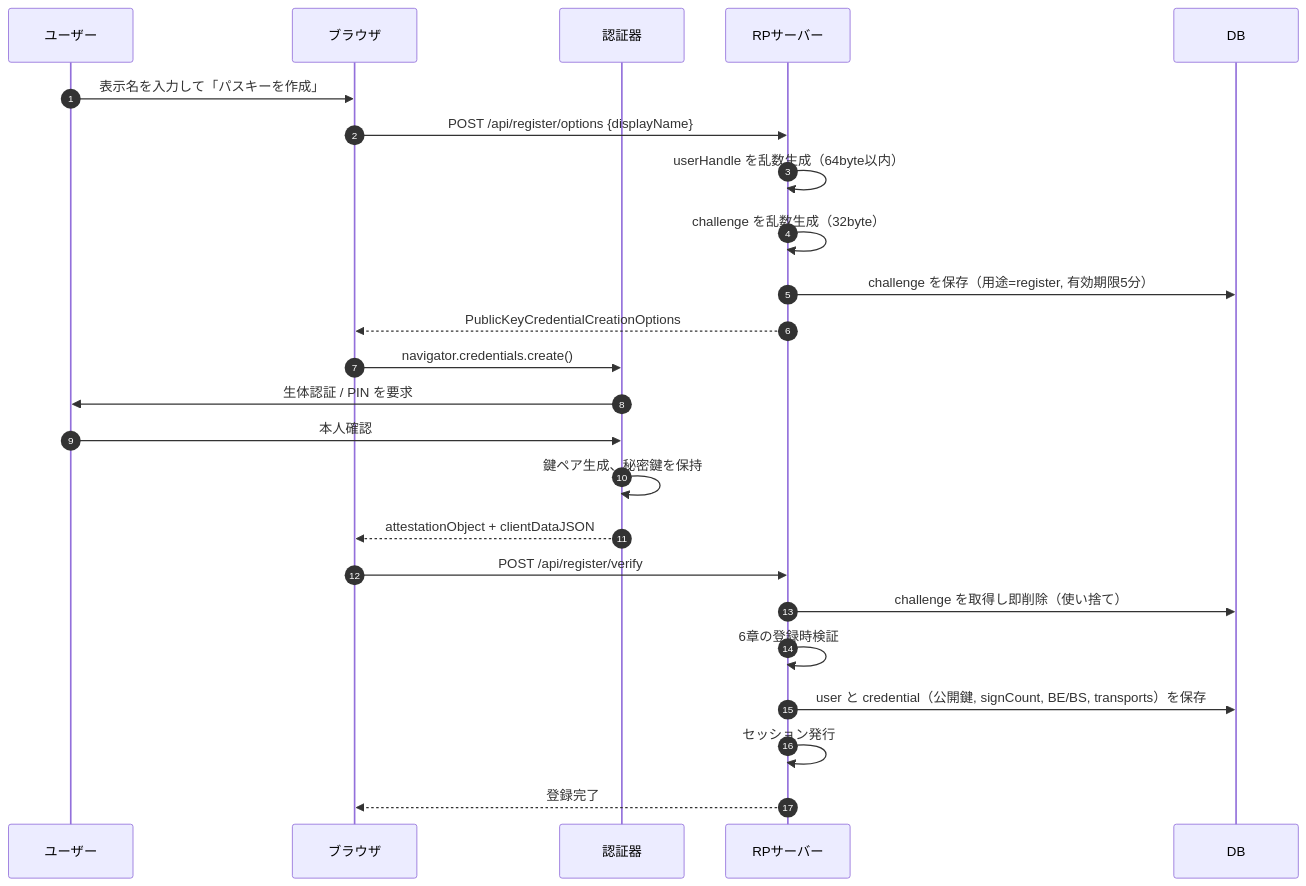
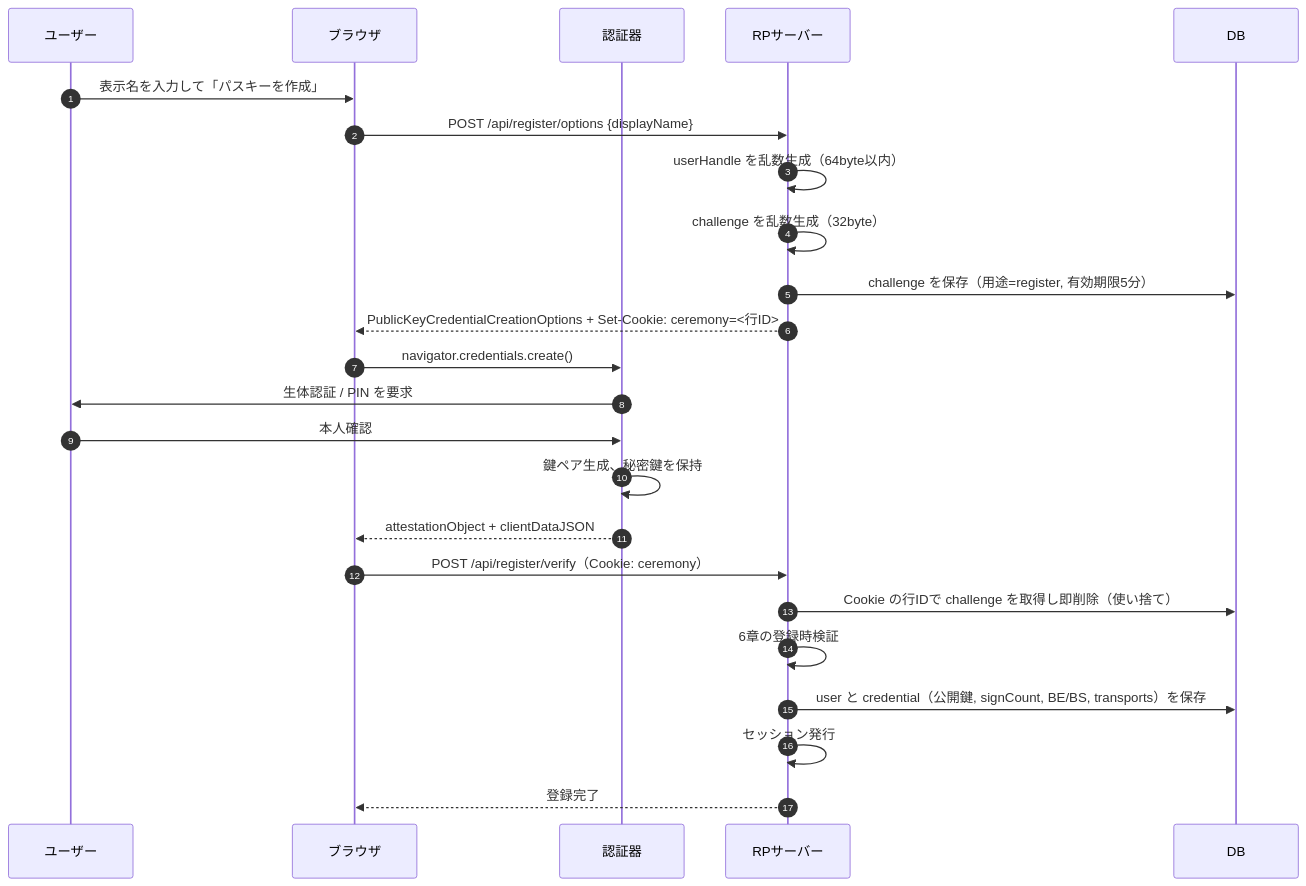
The third of 6 diagrams in docs/01-architecture-proposal-poc.md (KazusaNakagawa/try-pass-key), drawn with Mermaid before and after one commit. The commit also changed other lines of this file and 3 other files, not shown here.

````diff
--- a/docs/01-architecture-proposal-poc.md
+++ b/docs/01-architecture-proposal-poc.md
@@ -168,27 +174,27 @@
 ```mermaid
 sequenceDiagram
   autonumber
   participant U as ユーザー
   participant B as ブラウザ
   participant A as 認証器
   participant S as RPサーバー
   participant D as DB
 
   U->>B: 表示名を入力して「パスキーを作成」
   B->>S: POST /api/register/options {displayName}
   S->>S: userHandle を乱数生成（64byte以内）
   S->>S: challenge を乱数生成（32byte）
   S->>D: challenge を保存（用途=register, 有効期限5分）
-  S-->>B: PublicKeyCredentialCreationOptions
+  S-->>B: PublicKeyCredentialCreationOptions + Set-Cookie: ceremony=<行ID>
   B->>A: navigator.credentials.create()
   A->>U: 生体認証 / PIN を要求
   U->>A: 本人確認
   A->>A: 鍵ペア生成、秘密鍵を保持
   A-->>B: attestationObject + clientDataJSON
-  B->>S: POST /api/register/verify
-  S->>D: challenge を取得し即削除（使い捨て）
+  B->>S: POST /api/register/verify（Cookie: ceremony）
+  S->>D: Cookie の行IDで challenge を取得し即削除（使い捨て）
   S->>S: 6章の登録時検証
   S->>D: user と credential（公開鍵, signCount, BE/BS, transports）を保存
   S->>S: セッション発行
   S-->>B: 登録完了
 ```
````
